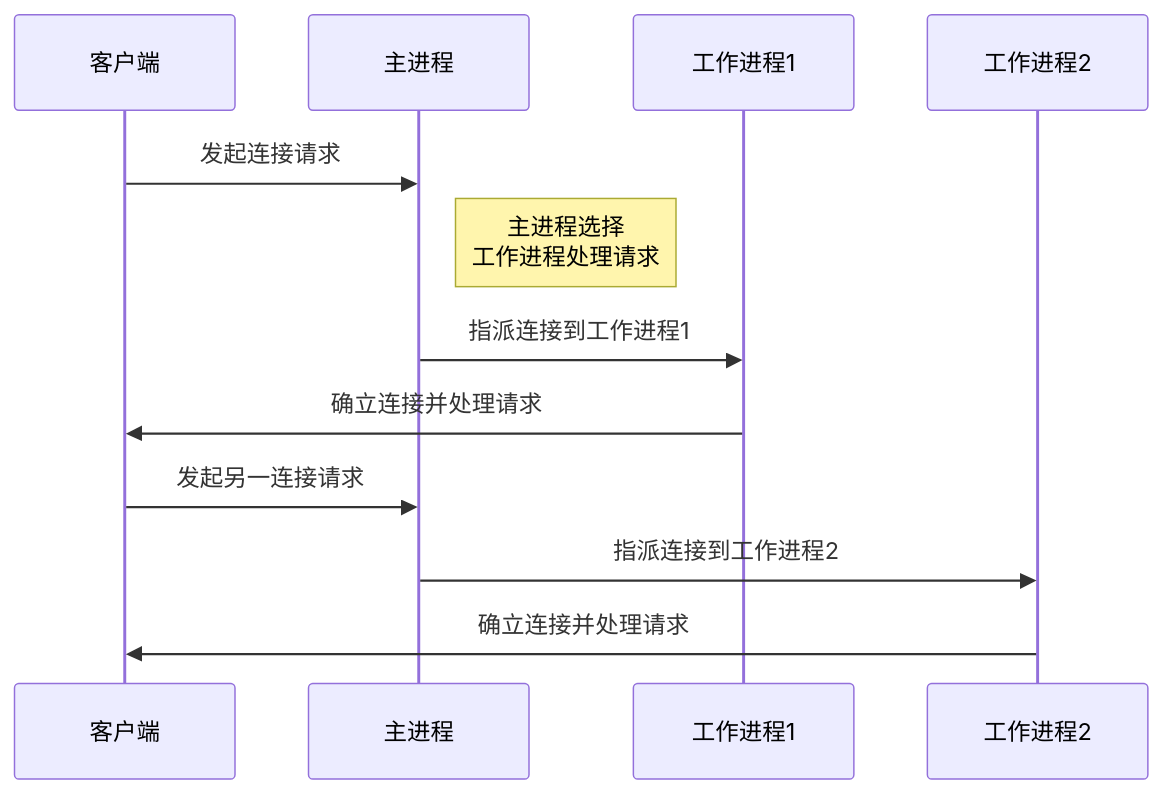
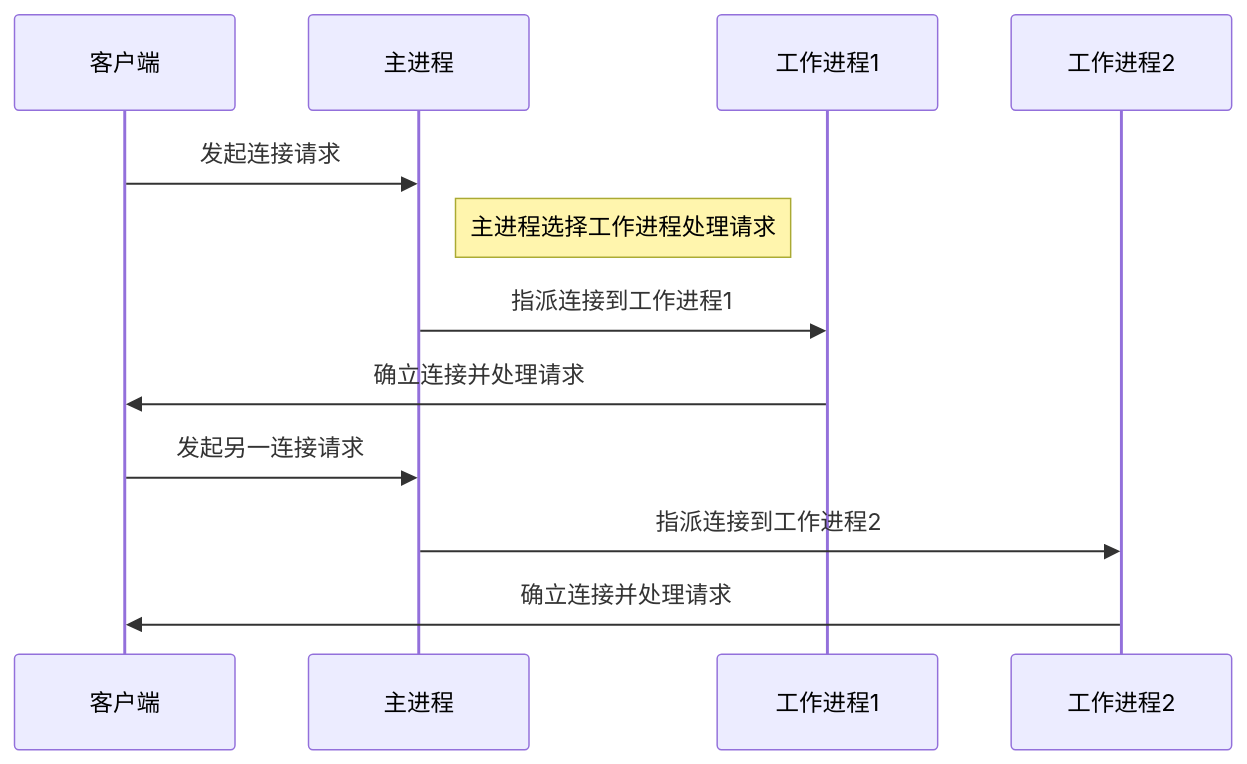
The first of 2 diagrams in Tech/computer-network/Nginx/概述.md (SevenWate/wiki), drawn with Mermaid before and after one commit. The commit also changed other lines of this file and 1 other file, not shown here.

````diff
--- a/Tech/computer-network/Nginx/概述.md
+++ b/Tech/computer-network/Nginx/概述.md
@@ -54,15 +98,15 @@
 ```mermaid
 sequenceDiagram
     participant Client as 客户端
     participant Master as 主进程
     participant Worker1 as 工作进程1
     participant Worker2 as 工作进程2
 
     Client->>Master: 发起连接请求
-    Note right of Master: 主进程选择<br/>工作进程处理请求
+    Note right of Master: 主进程选择工作进程处理请求
     Master->>Worker1: 指派连接到工作进程1
     Worker1->>Client: 确立连接并处理请求
     Client->>Master: 发起另一连接请求
     Master->>Worker2: 指派连接到工作进程2
     Worker2->>Client: 确立连接并处理请求
 ```
````
